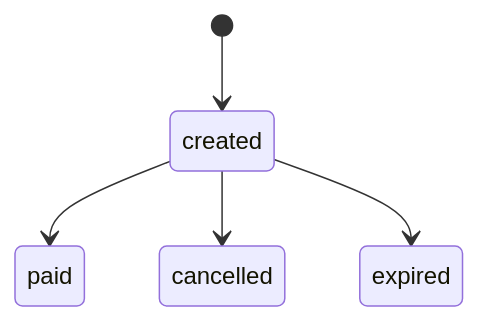
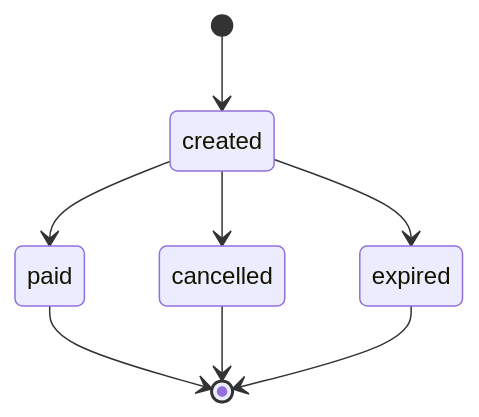
One commit to alexeorg97-byte/system-analyst-portfolio changed the eighth of 12 diagrams in migrationos/04_data-model/status-models.md. Above: the diagram before and after it, drawn with Mermaid. The commit also changed other lines of this file, not shown here.

````diff
--- a/migrationos/04_data-model/status-models.md
+++ b/migrationos/04_data-model/status-models.md
@@ -454,7 +467,10 @@
 ```mermaid
 stateDiagram-v2
     [*] --> created
     created --> paid
     created --> cancelled
     created --> expired
+    paid --> [*]
+    cancelled --> [*]
+    expired --> [*]
 ```
````
